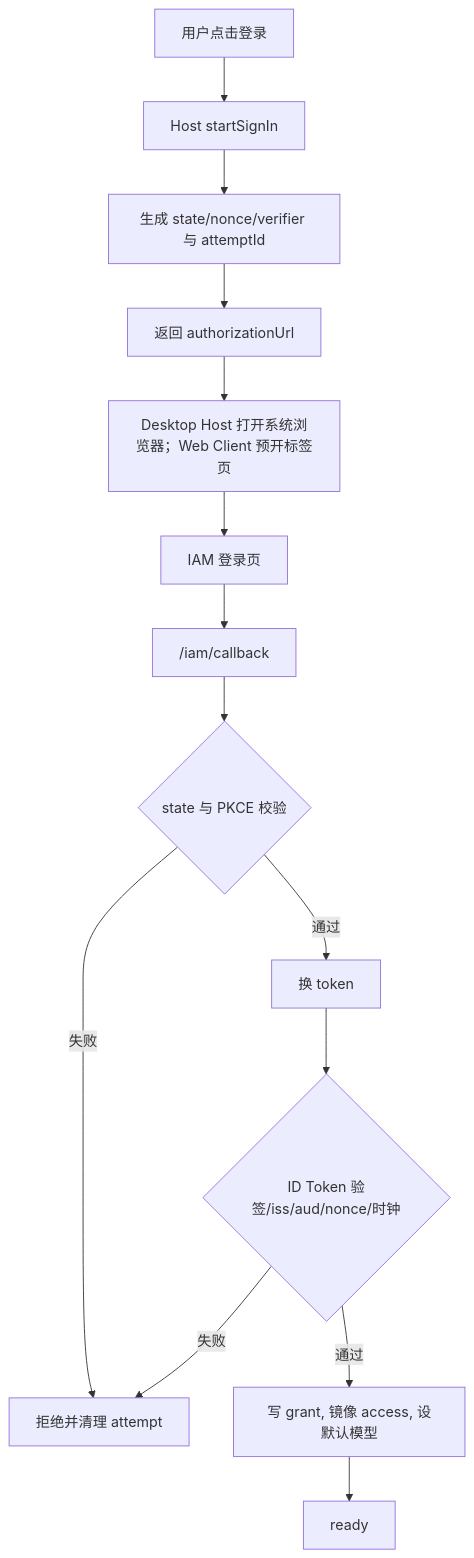
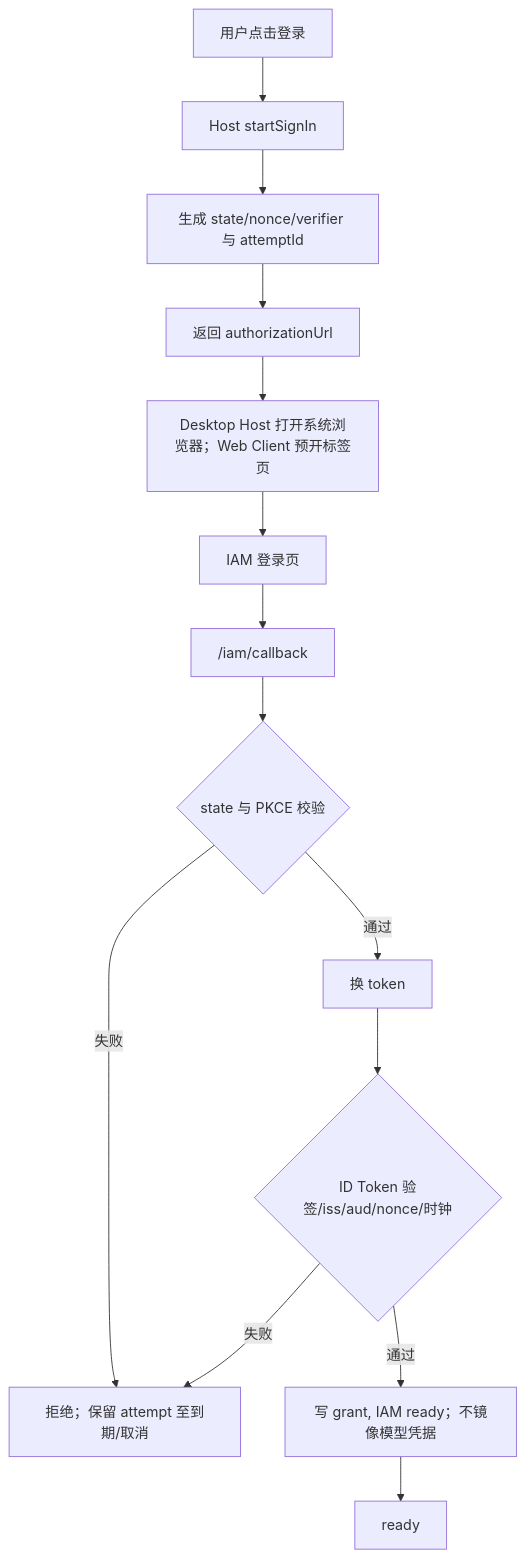
The second of 2 diagrams in docs/design/plugins/forge-iam.md (hrygo/heluo-forge), drawn with Mermaid before and after one commit. The commit also changed other lines of this file and 60 other files, not shown here.

````diff
--- a/docs/design/plugins/forge-iam.md
+++ b/docs/design/plugins/forge-iam.md
@@ -252,16 +314,16 @@
 ```mermaid
 flowchart TD
   A[用户点击登录] --> B[Host startSignIn]
   B --> C["生成 state/nonce/verifier 与 attemptId"]
   C --> D[返回 authorizationUrl]
   D --> E[Desktop Host 打开系统浏览器；Web Client 预开标签页]
   E --> F[IAM 登录页]
   F --> G["/iam/callback"]
   G --> H{state 与 PKCE 校验}
-  H -->|失败| I[拒绝并清理 attempt]
+  H -->|失败| I[拒绝；保留 attempt 至到期/取消]
   H -->|通过| J[换 token]
   J --> K{"ID Token 验签/iss/aud/nonce/时钟"}
   K -->|失败| I
-  K -->|通过| L[写 grant, 镜像 access, 设默认模型]
+  K -->|通过| L[写 grant, IAM ready；不镜像模型凭据]
   L --> M[ready]
 ```
````
